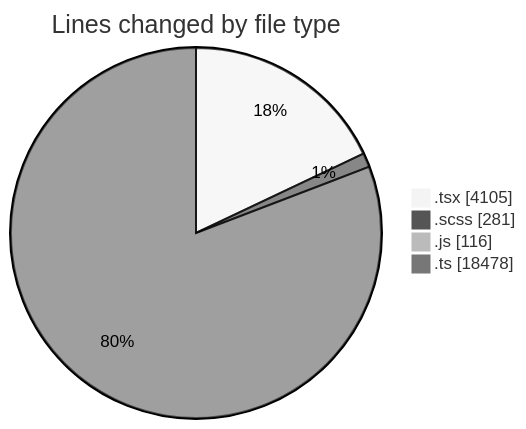
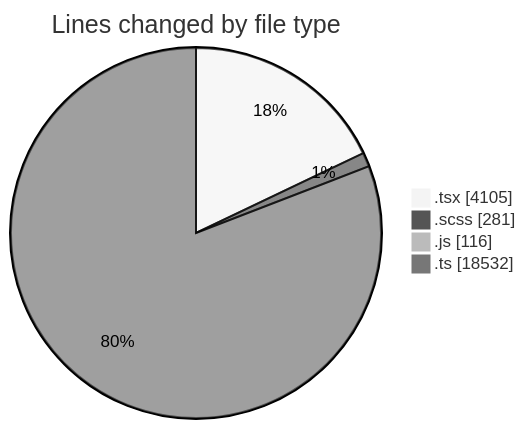
The first of 2 diagrams in 2025-11-11/cda/README.md (momahboobian/code-tracking), drawn with Mermaid (neutral theme) before and after one commit. The commit also changed other lines of this file and 1 other file, not shown here.

````diff
--- a/2025-11-11/cda/README.md
+++ b/2025-11-11/cda/README.md
@@ -31,8 +31,8 @@
 ```mermaid
 pie showData
 title Lines changed by file type
 ".tsx" : 4105
 ".scss" : 281
 ".js" : 116
-".ts" : 18478
+".ts" : 18532
 ```
````
